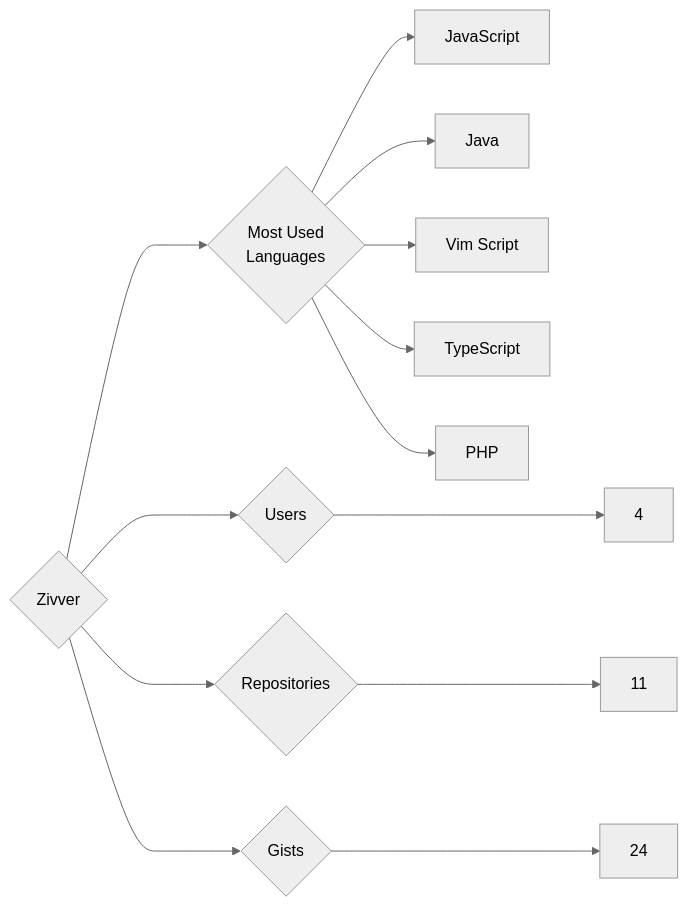
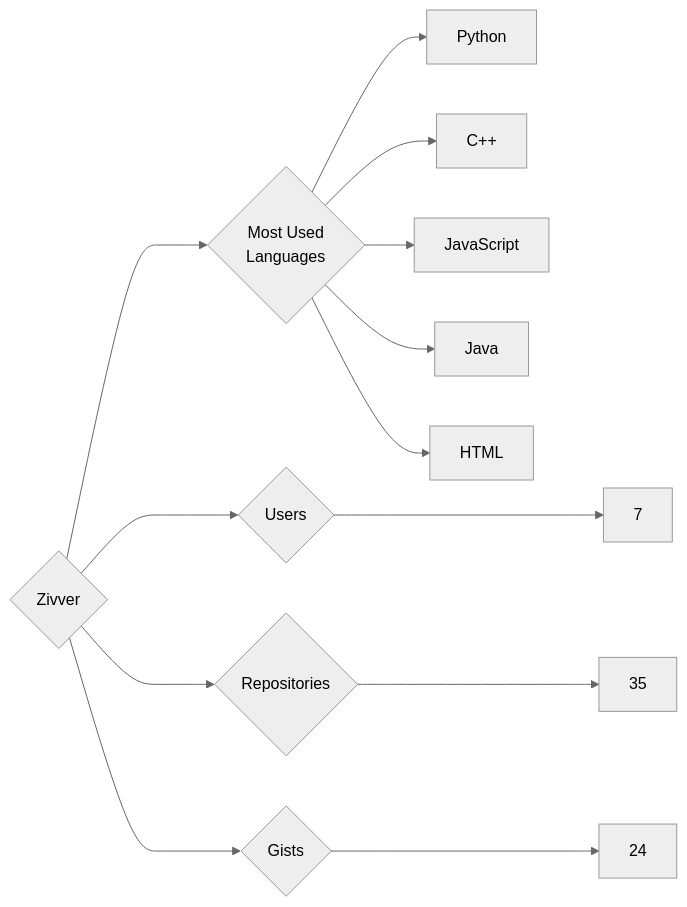
Before and after one commit to trickest/insiders: the diagram in targets/Zivver/README.md, drawn with Mermaid (neutral theme). The commit also changed 1479 other files, not shown here.

````diff
--- a/targets/Zivver/README.md
+++ b/targets/Zivver/README.md
@@ -3,13 +3,13 @@
 ```mermaid
 graph LR
 COMPANY_NAME{Zivver}
-COMPANY_NAME ---> U{Users} ---> UN[4]
-COMPANY_NAME ---> R{Repositories} ---> RN[11]
+COMPANY_NAME ---> U{Users} ---> UN[7]
+COMPANY_NAME ---> R{Repositories} ---> RN[35]
 COMPANY_NAME ---> G{Gists} ---> GN[24]
 COMPANY_NAME ---> ML{Most Used<br>Languages}
+ML --> Python[Python]
+ML --> C++[C++]
 ML --> JavaScript[JavaScript]
 ML --> Java[Java]
-ML --> Vim_Script[Vim Script]
-ML --> TypeScript[TypeScript]
-ML --> PHP[PHP]
+ML --> HTML[HTML]
 ```
````
